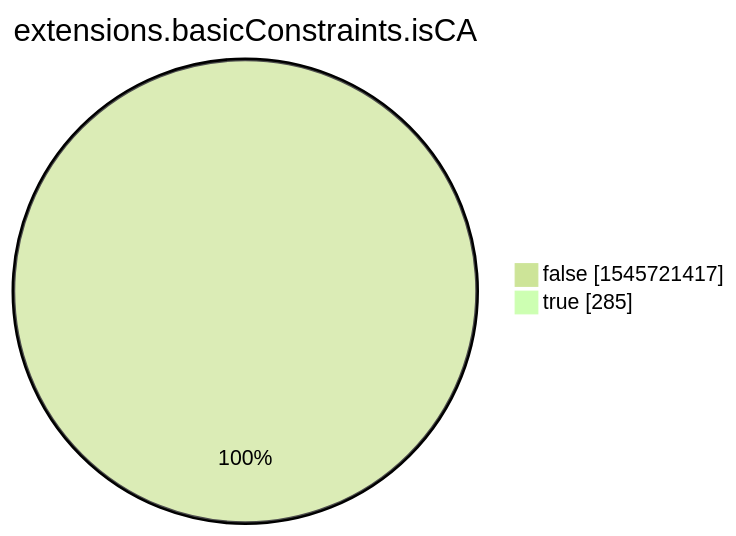
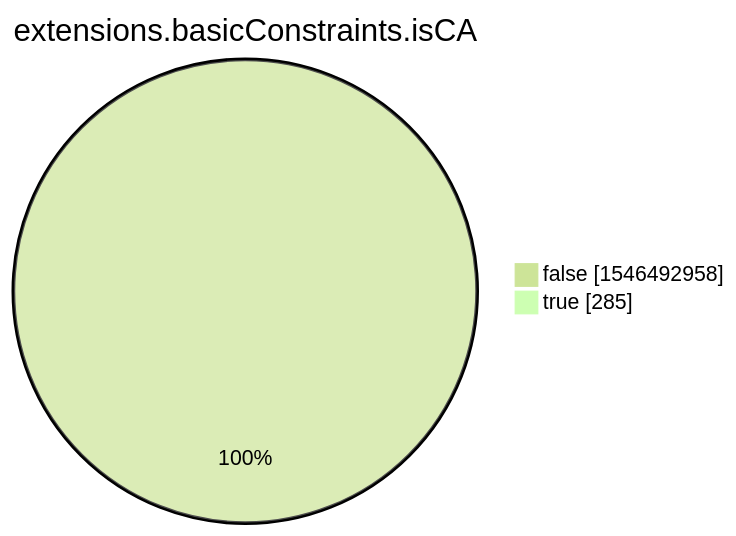
Before and after one commit to christiankrug/ctmonitor_visualization: the eighth of 15 diagrams in xenon2022/README.md, drawn with Mermaid (forest theme). The commit also changed other lines of this file, not shown here.

````diff
--- a/xenon2022/README.md
+++ b/xenon2022/README.md
@@ -2859,6 +2859,6 @@
 ```mermaid
 pie showData
 title extensions.basicConstraints.isCA
-"false" :1545721417
+"false" :1546492958
 "true" :285
 ```
````
